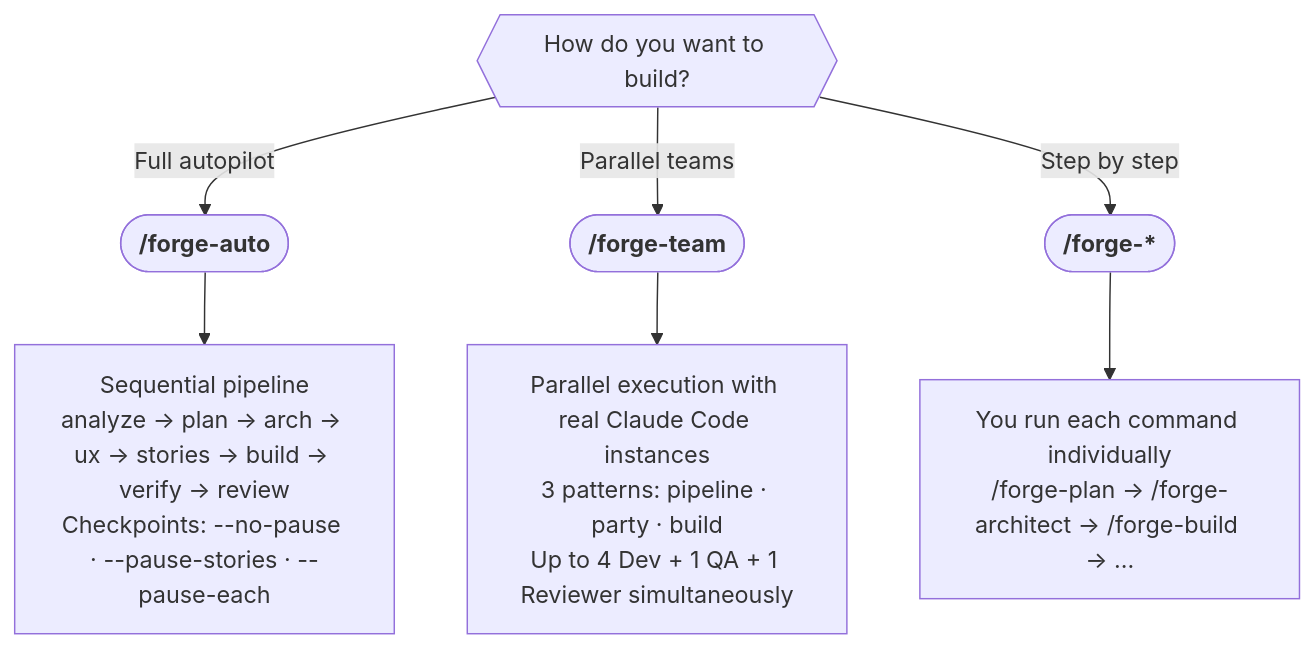
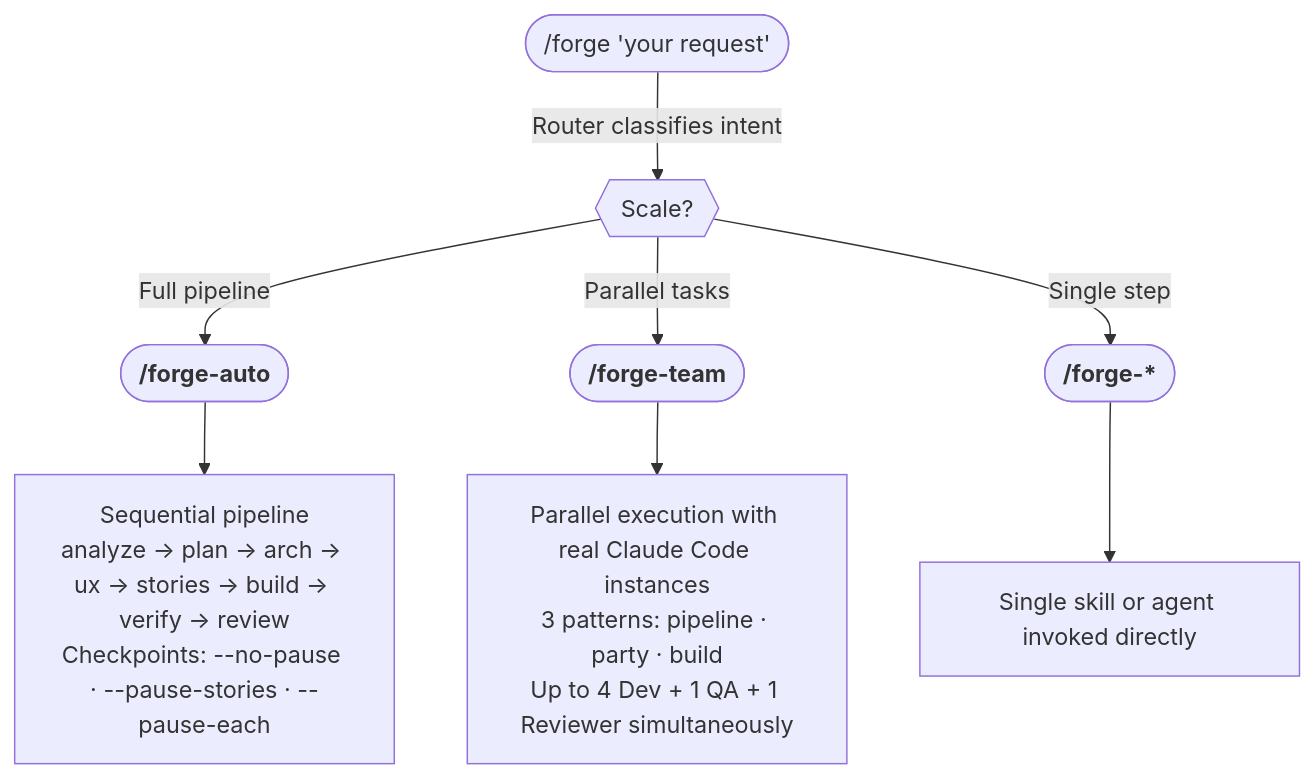
One commit to fwehrling/forge changed the second of 5 diagrams in README.md. Above: the diagram before and after it, drawn with Mermaid. The commit also changed other lines of this file and 11 other files, not shown here.

Commit message:
feat: transform forge core skill into intelligent router (v1.4.0) (#10)

````diff
--- a/README.md
+++ b/README.md
@@ -46,12 +72,13 @@
 ```mermaid
 flowchart TD
-    Q{{"How do you want to build?"}}
+    F(["/forge 'your request'"])
+    F -->|"Router classifies intent"| Q{{"Scale?"}}
 
-    Q -->|"Full autopilot"| AUTO(["<b>/forge-auto</b>"])
-    Q -->|"Parallel teams"| TEAM(["<b>/forge-team</b>"])
-    Q -->|"Step by step"| MANUAL(["<b>/forge-*</b>"])
+    Q -->|"Full pipeline"| AUTO(["<b>/forge-auto</b>"])
+    Q -->|"Parallel tasks"| TEAM(["<b>/forge-team</b>"])
+    Q -->|"Single step"| SKILL(["<b>/forge-*</b>"])
 
     AUTO --> AD["Sequential pipeline<br/>analyze → plan → arch → ux → stories → build → verify → review<br/>Checkpoints: --no-pause · --pause-stories · --pause-each"]
     TEAM --> TD2["Parallel execution with real Claude Code instances<br/>3 patterns: pipeline · party · build<br/>Up to 4 Dev + 1 QA + 1 Reviewer simultaneously"]
-    MANUAL --> MD["You run each command individually<br/>/forge-plan → /forge-architect → /forge-build → ..."]
+    SKILL --> SD["Single skill or agent invoked directly"]
 ```
````
